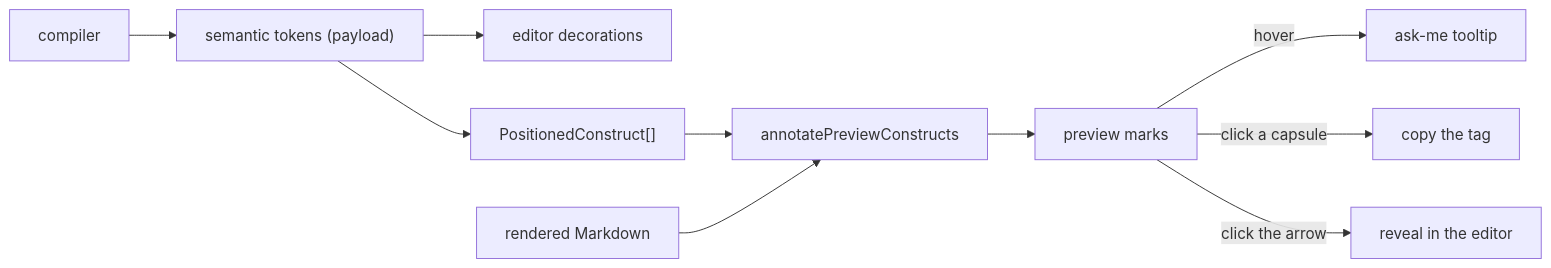
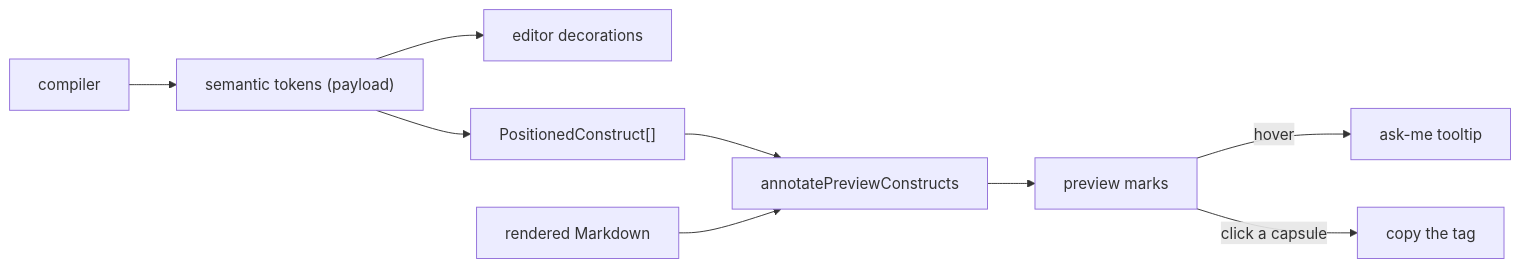
Before and after one commit to pengzhengyi/dialoguedown: the diagram in docs/contributing/design-notes/visualization/editor/Construct Marks in the Source Preview.md, drawn with Mermaid. The commit also changed other lines of this file and 11 other files, not shown here.

````diff
--- a/docs/contributing/design-notes/visualization/editor/Construct Marks in the Source Preview.md
+++ b/docs/contributing/design-notes/visualization/editor/Construct Marks in the Source Preview.md
@@ -76,12 +76,11 @@
 ```mermaid
 flowchart LR
     Compiler["compiler"] --> Tokens["semantic tokens (payload)"]
     Tokens --> Editor["editor decorations"]
     Tokens --> Constructs["PositionedConstruct[]"]
     Constructs --> Marks["annotatePreviewConstructs"]
     HTML["rendered Markdown"] --> Marks
     Marks --> Preview["preview marks"]
     Preview -->|hover| Tip["ask-me tooltip"]
     Preview -->|click a capsule| Copy["copy the tag"]
-    Preview -->|click the arrow| Reveal["reveal in the editor"]
 ```
````
